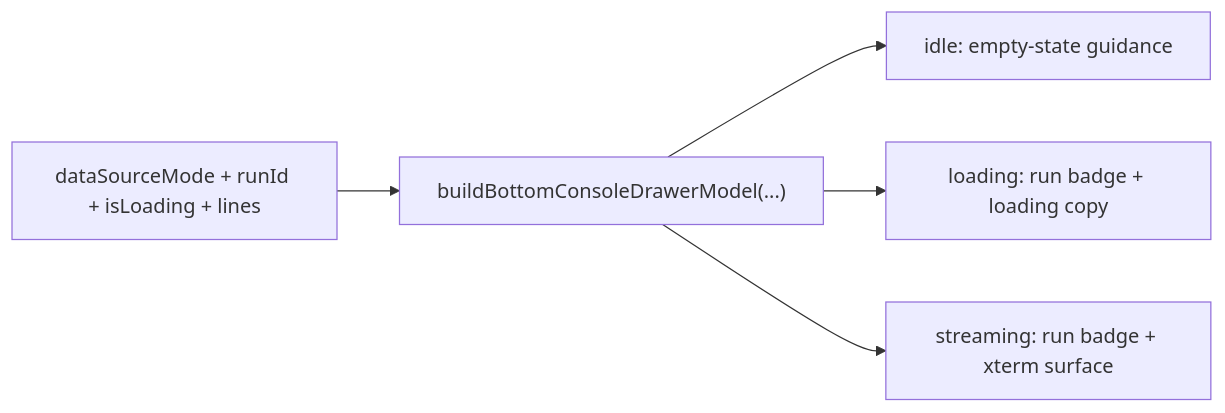
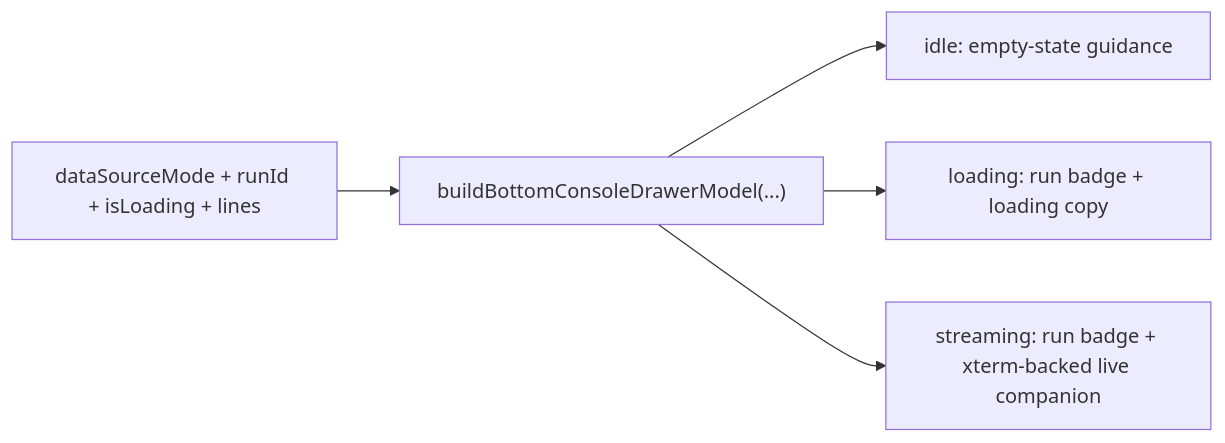
The fourth of 8 diagrams in docs/architecture/components/web/appshell/app-shell.md (dunay2/dvt), drawn with Mermaid before and after one commit. The commit also changed other lines of this file and 7 other files, not shown here.

````diff
--- a/docs/architecture/components/web/appshell/app-shell.md
+++ b/docs/architecture/components/web/appshell/app-shell.md
@@ -131,7 +131,7 @@
 ```mermaid
 flowchart LR
   Inputs["dataSourceMode + runId + isLoading + lines"] --> Model["buildBottomConsoleDrawerModel(...)"]
   Model --> Idle["idle: empty-state guidance"]
   Model --> Loading["loading: run badge + loading copy"]
-  Model --> Streaming["streaming: run badge + xterm surface"]
+  Model --> Streaming["streaming: run badge + xterm-backed live companion"]
 ```
````
